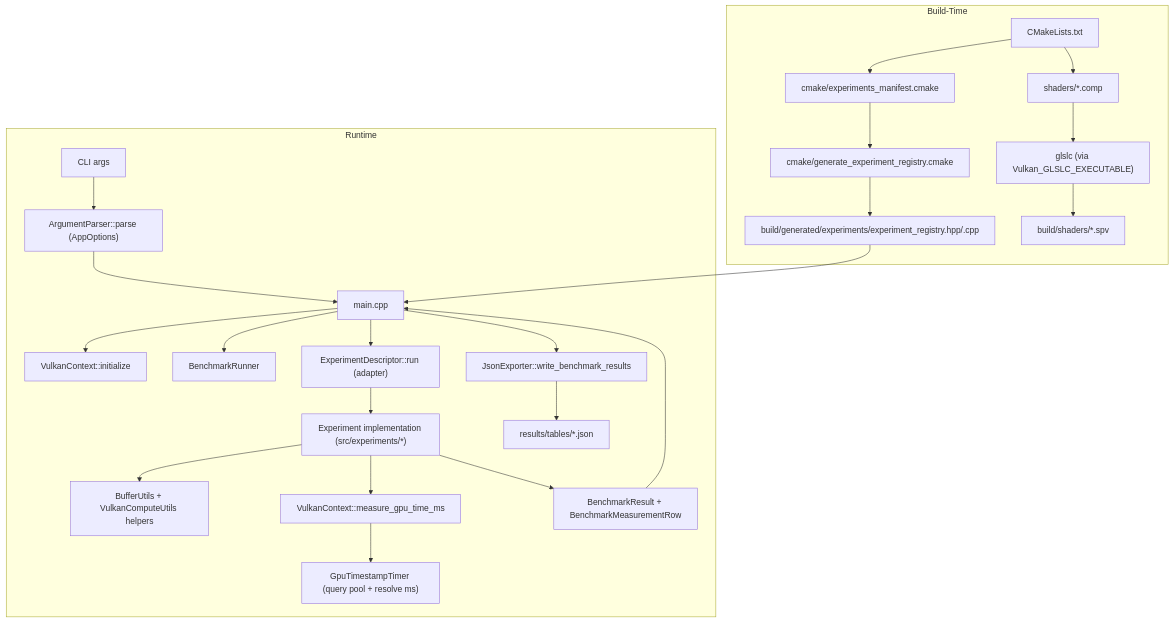
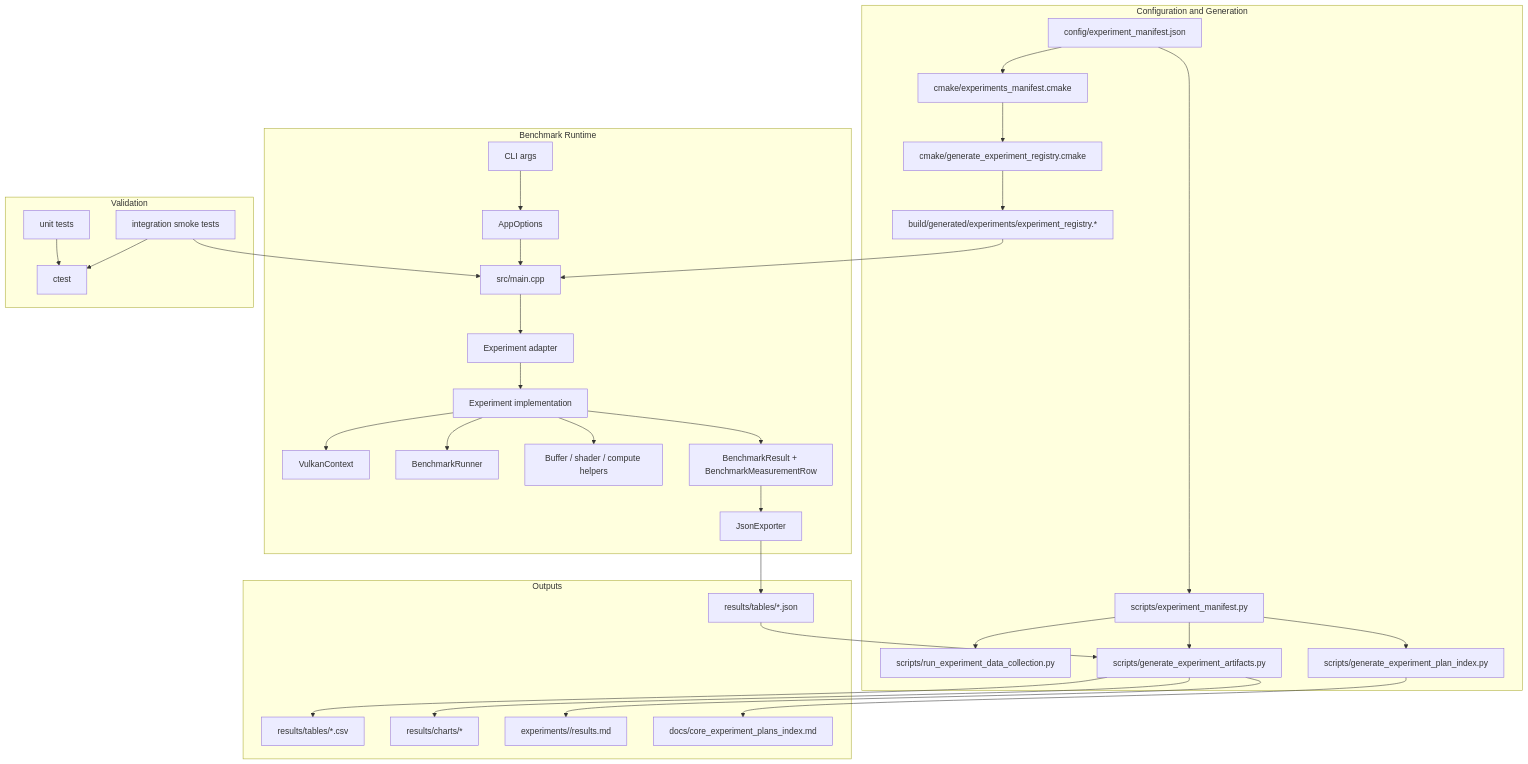
One commit to semihguresci/gpu-memory-access-benchmark changed the diagram in docs/architecture.md. Above: the diagram before and after it, drawn with Mermaid. The commit also changed other lines of this file and 399 other files, not shown here.

````diff
--- a/docs/architecture.md
+++ b/docs/architecture.md
@@ -13,32 +16,40 @@
 ```mermaid
 flowchart TD
-    subgraph Build["Build-Time"]
-        A["CMakeLists.txt"] --> B["cmake/experiments_manifest.cmake"]
-        B --> C["cmake/generate_experiment_registry.cmake"]
-        C --> D["build/generated/experiments/experiment_registry.hpp/.cpp"]
-
-        A --> E["shaders/*.comp"]
-        E --> F["glslc (via Vulkan_GLSLC_EXECUTABLE)"]
-        F --> G["build/shaders/*.spv"]
+    subgraph Config["Configuration and Generation"]
+        A["config/experiment_manifest.json"] --> B["cmake/experiments_manifest.cmake"]
+        A --> C["scripts/experiment_manifest.py"]
+        C --> D["scripts/run_experiment_data_collection.py"]
+        C --> E["scripts/generate_experiment_artifacts.py"]
+        C --> F["scripts/generate_experiment_plan_index.py"]
+        B --> G["cmake/generate_experiment_registry.cmake"]
+        G --> H["build/generated/experiments/experiment_registry.*"]
     end
 
-    subgraph Run["Runtime"]
-        H["CLI args"] --> I["ArgumentParser::parse (AppOptions)"]
-        I --> J["main.cpp"]
+    subgraph Runtime["Benchmark Runtime"]
+        I["CLI args"] --> J["AppOptions"]
+        J --> K["src/main.cpp"]
+        H --> K
+        K --> L["Experiment adapter"]
+        L --> M["Experiment implementation"]
+        M --> N["VulkanContext"]
+        M --> O["BenchmarkRunner"]
+        M --> P["Buffer / shader / compute helpers"]
+        M --> Q["BenchmarkResult + BenchmarkMeasurementRow"]
+        Q --> R["JsonExporter"]
+    end
 
-        D --> J
-        J --> K["VulkanContext::initialize"]
-        J --> L["BenchmarkRunner"]
-        J --> M["ExperimentDescriptor::run (adapter)"]
+    subgraph Artifacts["Outputs"]
+        R --> S["results/tables/*.json"]
+        S --> E
+        E --> T["results/tables/*.csv"]
+        E --> U["results/charts/*"]
+        E --> V["experiments/<id>/results.md"]
+        F --> W["docs/core_experiment_plans_index.md"]
+    end
 
-        M --> N["Experiment implementation (src/experiments/*)"]
-        N --> O["BufferUtils + VulkanComputeUtils helpers"]
-        N --> P["VulkanContext::measure_gpu_time_ms"]
-        P --> Q["GpuTimestampTimer (query pool + resolve ms)"]
-
-        N --> R["BenchmarkResult + BenchmarkMeasurementRow"]
-        R --> J
-        J --> S["JsonExporter::write_benchmark_results"]
-        S --> T["results/tables/*.json"]
+    subgraph Validation["Validation"]
+        X["unit tests"] --> Y["ctest"]
+        Z["integration smoke tests"] --> Y
+        Z --> K
     end
 ```
````
